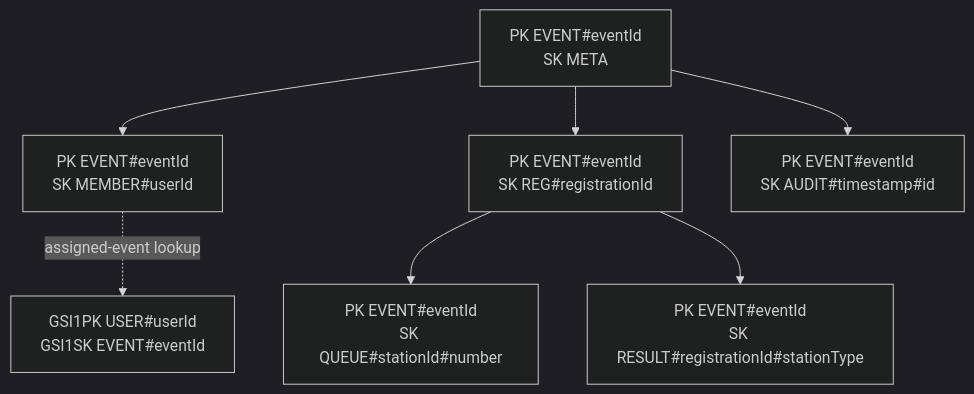
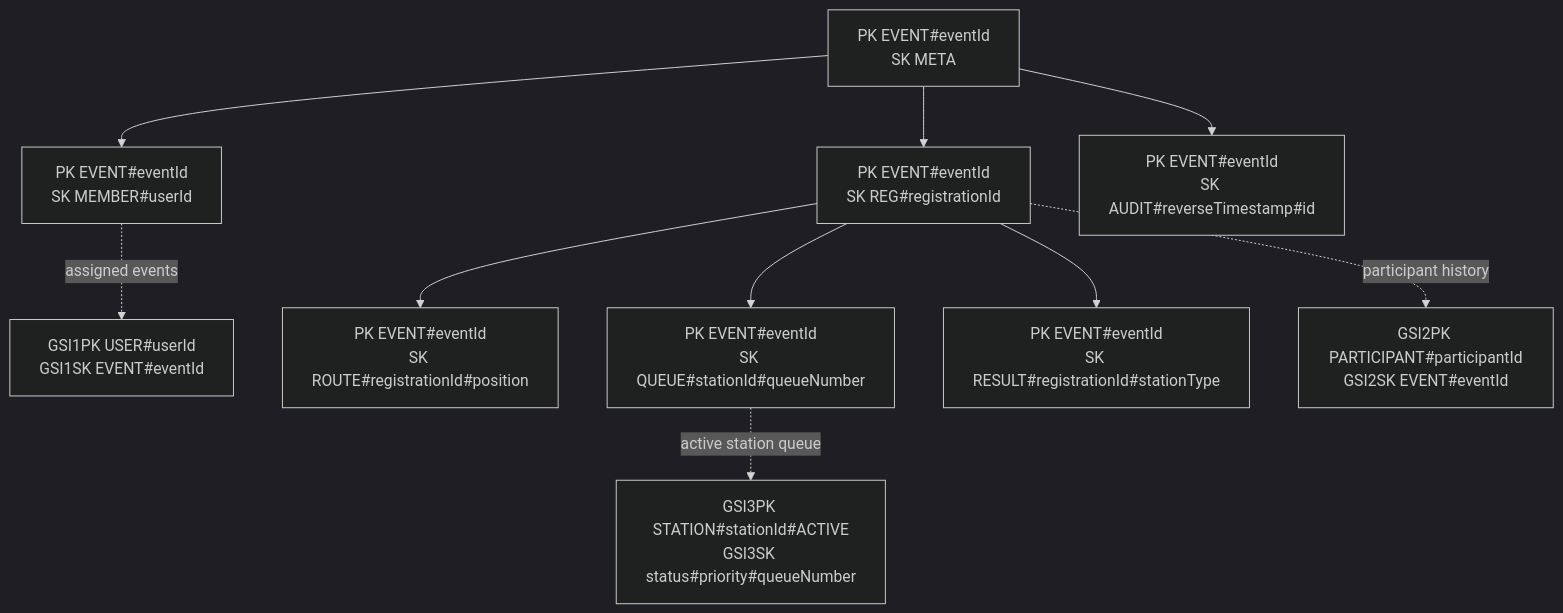
Before and after one commit to NachikethReddyY/vsms: the diagram in docs/04-Security/secure_coding/diagrams/NoSQLDesign.md, drawn with Mermaid (dark theme). The commit also changed other lines of this file and 8 other files, not shown here.

````diff
--- a/docs/04-Security/secure_coding/diagrams/NoSQLDesign.md
+++ b/docs/04-Security/secure_coding/diagrams/NoSQLDesign.md
@@ -9,18 +9,24 @@
 ```mermaid
 flowchart TB
     event[PK EVENT#eventId<br/>SK META]
     members[PK EVENT#eventId<br/>SK MEMBER#userId]
     registrations[PK EVENT#eventId<br/>SK REG#registrationId]
-    queues[PK EVENT#eventId<br/>SK QUEUE#stationId#number]
+    route[PK EVENT#eventId<br/>SK ROUTE#registrationId#position]
+    queues[PK EVENT#eventId<br/>SK QUEUE#stationId#queueNumber]
     results[PK EVENT#eventId<br/>SK RESULT#registrationId#stationType]
-    audits[PK EVENT#eventId<br/>SK AUDIT#timestamp#id]
+    audits[PK EVENT#eventId<br/>SK AUDIT#reverseTimestamp#id]
 
     event --> members
     event --> registrations
+    registrations --> route
     registrations --> queues
     registrations --> results
     event --> audits
 
-    lookup[GSI1PK USER#userId<br/>GSI1SK EVENT#eventId]
-    members -. assigned-event lookup .-> lookup
+    staffIndex[GSI1PK USER#userId<br/>GSI1SK EVENT#eventId]
+    participantIndex[GSI2PK PARTICIPANT#participantId<br/>GSI2SK EVENT#eventId]
+    queueIndex[GSI3PK STATION#stationId#ACTIVE<br/>GSI3SK status#priority#queueNumber]
+    members -. assigned events .-> staffIndex
+    registrations -. participant history .-> participantIndex
+    queues -. active station queue .-> queueIndex
 ```
````
